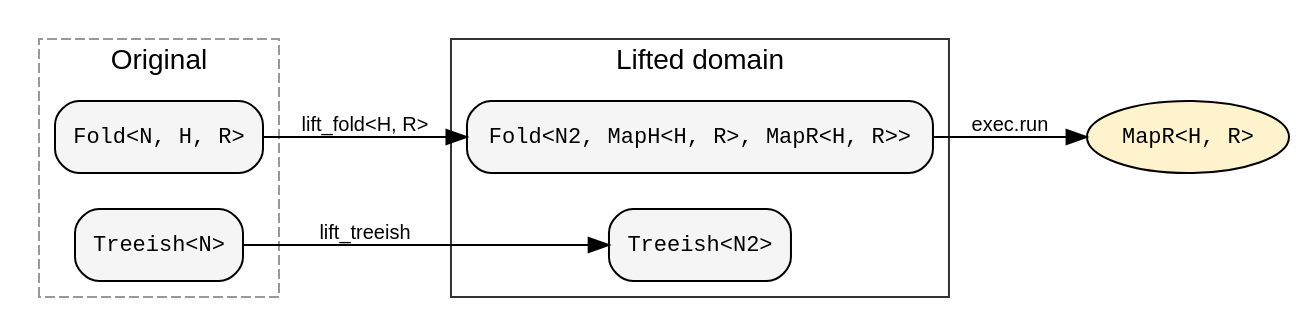
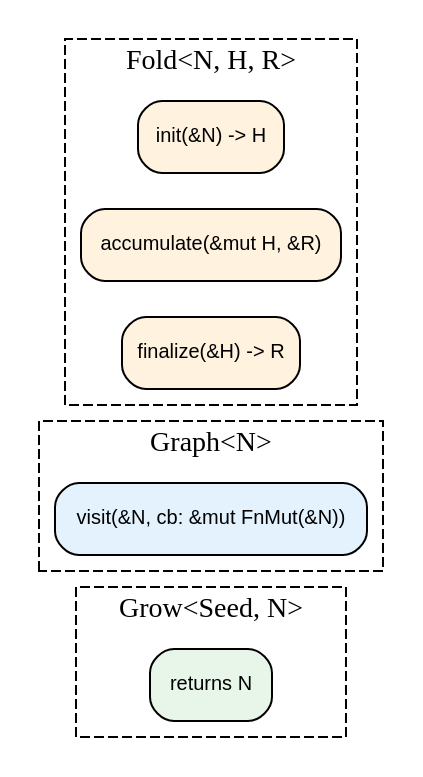
One commit to hylic-recursion/hylic-docs changed the diagram in book/src/concepts/transforms.md. Above: the diagram before and after it, drawn with Graphviz. The commit also changed other lines of this file and 21 other files, not shown here.

````diff
--- a/book/src/concepts/transforms.md
+++ b/book/src/concepts/transforms.md
@@ -53,27 +23,10 @@
 ```dot process
 digraph {
     rankdir=LR;
-    node [shape=box, style="rounded,filled", fillcolor="#f5f5f5", fontname="monospace", fontsize=11];
-    edge [fontname="sans-serif", fontsize=10];
-
-    subgraph cluster_orig {
-        label="Original";
-        style=dashed; color="#999999"; fontname="sans-serif";
-        F [label="Fold<N, H, R>"];
-        T [label="Treeish<N>"];
-    }
-
-    subgraph cluster_lifted {
-        label="Lifted domain";
-        style=solid; color="#333333"; fontname="sans-serif";
-        F2 [label="Fold<N2, MapH<H, R>, MapR<H, R>>"];
-        T2 [label="Treeish<N2>"];
-    }
-
-    R2 [label="MapR<H, R>", shape=ellipse, style=filled, fillcolor="#fff3cd"];
-
-    F -> F2 [label="lift_fold<H, R>"];
-    T -> T2 [label="lift_treeish"];
-    F2 -> R2 [label="exec.run"];
+    node [shape=box, style="rounded,filled", fontname="sans-serif", fontsize=10];
+    edge [fontname="sans-serif", fontsize=9];
+    subgraph cluster_grow  { label="Grow<Seed, N>"; style=dashed; g [label="returns N", fillcolor="#e8f5e9"]; }
+    subgraph cluster_graph { label="Graph<N>";     style=dashed; tr [label="visit(&N, cb: &mut FnMut(&N))", fillcolor="#e3f2fd"]; }
+    subgraph cluster_fold  { label="Fold<N, H, R>"; style=dashed; fi [label="init(&N) -> H", fillcolor="#fff3e0"]; fa [label="accumulate(&mut H, &R)", fillcolor="#fff3e0"]; ff [label="finalize(&H) -> R", fillcolor="#fff3e0"]; }
 }
 ```
````
